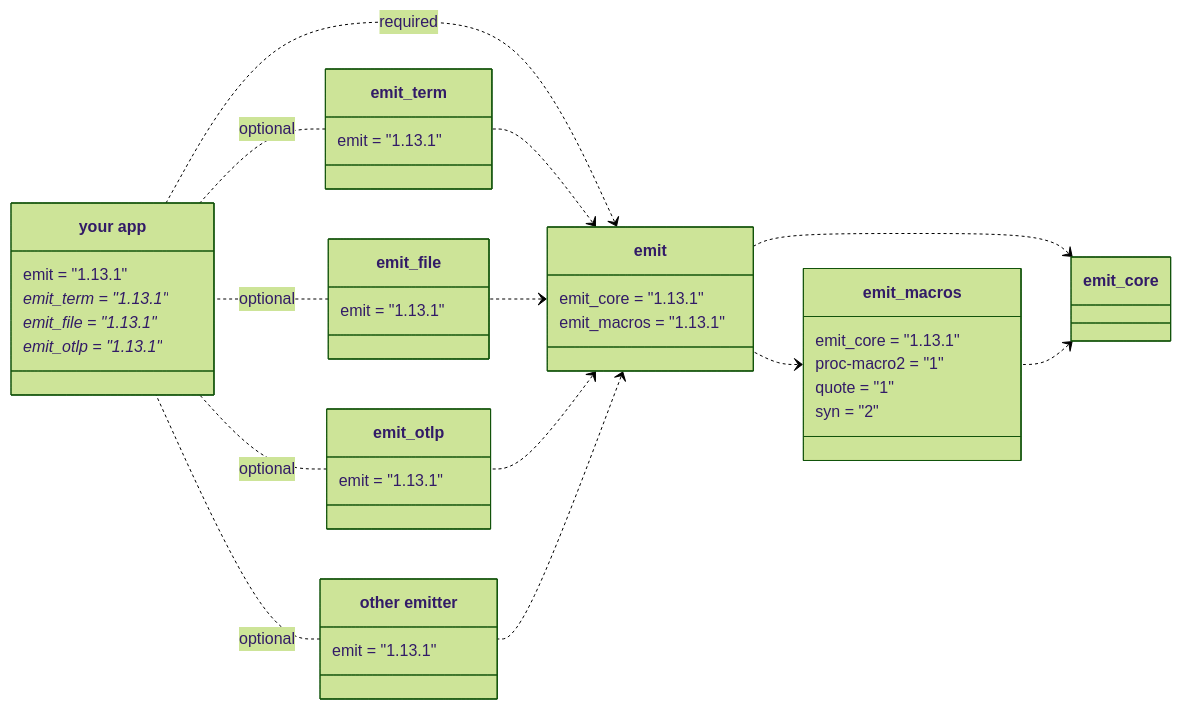
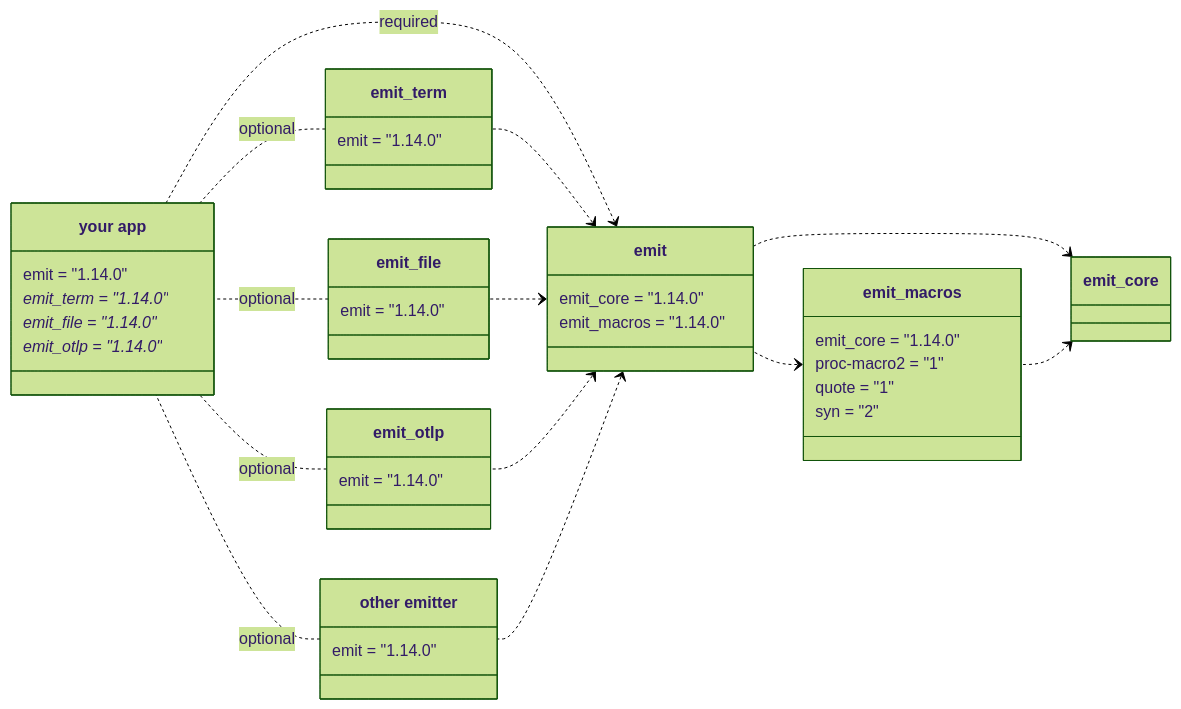
The first of 5 diagrams in book/src/reference/architecture.md (emit-rs/emit), drawn with Mermaid (forest theme) before and after one commit. The commit also changed other lines of this file and 65 other files, not shown here.

````diff
--- a/book/src/reference/architecture.md
+++ b/book/src/reference/architecture.md
@@ -9,62 +9,62 @@
 ```mermaid
 classDiagram
     direction RL
     
     emit_core <.. emit_macros
     emit_core <.. emit
     emit_macros <.. emit
 
     class emit_macros {
-        emit_core = "1.13.1"
+        emit_core = "1.14.0"
         proc-macro2 = "1"
         quote = "1"
         syn = "2"
     }
 
     emit <.. emit_term
     emit <.. emit_file
     emit <.. emit_otlp
     emit <.. emit_custom
 
     emit <.. app : required
 
     class emit {
-        emit_core = "1.13.1"
-        emit_macros = "1.13.1"
+        emit_core = "1.14.0"
+        emit_macros = "1.14.0"
     }
 
     emit_term .. app : optional
     emit_file .. app : optional
     emit_otlp .. app : optional
     emit_custom .. app : optional
 
     class emit_term {
-        emit = "1.13.1"
+        emit = "1.14.0"
     }
 
     class emit_file {
-        emit = "1.13.1"
+        emit = "1.14.0"
     }
 
     class emit_otlp {
-        emit = "1.13.1"
+        emit = "1.14.0"
     }
 
     class emit_custom["other emitter"] {
-        emit = "1.13.1"
+        emit = "1.14.0"
     }
 
     class app["your app"] {
-        emit = "1.13.1"
-        emit_term = "1.13.1"*
-        emit_file = "1.13.1"*
-        emit_otlp = "1.13.1"*
+        emit = "1.14.0"
+        emit_term = "1.14.0"*
+        emit_file = "1.14.0"*
+        emit_otlp = "1.14.0"*
     }
 
-    click emit_core href "https://docs.rs/emit_core/1.13.1/emit_core/index.html"
-    click emit_macros href "https://docs.rs/emit_macros/1.13.1/emit_macros/index.html"
-    click emit href "https://docs.rs/emit/1.13.1/emit/index.html"
-    click emit_term href "https://docs.rs/emit_term/1.13.1/emit_term/index.html"
-    click emit_file href "https://docs.rs/emit_file/1.13.1/emit_file/index.html"
-    click emit_otlp href "https://docs.rs/emit_otlp/1.13.1/emit_otlp/index.html"
+    click emit_core href "https://docs.rs/emit_core/1.14.0/emit_core/index.html"
+    click emit_macros href "https://docs.rs/emit_macros/1.14.0/emit_macros/index.html"
+    click emit href "https://docs.rs/emit/1.14.0/emit/index.html"
+    click emit_term href "https://docs.rs/emit_term/1.14.0/emit_term/index.html"
+    click emit_file href "https://docs.rs/emit_file/1.14.0/emit_file/index.html"
+    click emit_otlp href "https://docs.rs/emit_otlp/1.14.0/emit_otlp/index.html"
 ```
````
